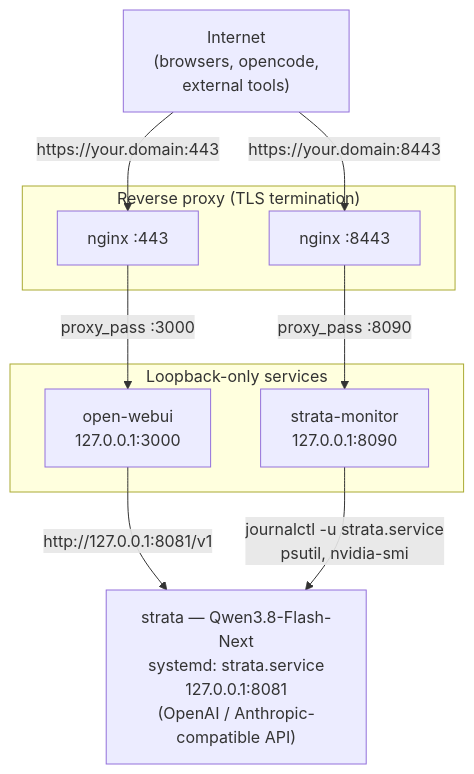
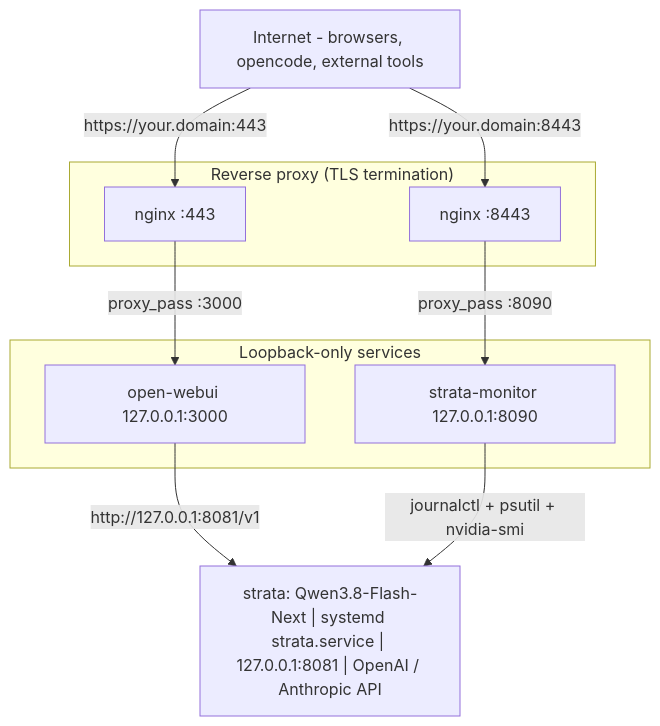
The diagram in README.md (aynair/strata-monitor), drawn with Mermaid before and after one commit.

Commit message:
Fix Mermaid diagram syntax so it renders on GitHub

````diff
--- a/README.md
+++ b/README.md
@@ -31,23 +31,23 @@
 ```mermaid
-graph TD
-    Internet["Internet<br/>(browsers, opencode,<br/>external tools)"]
+flowchart TB
+    Internet["Internet - browsers, opencode, external tools"]
 
-    subgraph tls["Reverse proxy (TLS termination)"]
+    subgraph tls ["Reverse proxy (TLS termination)"]
         Nginx443["nginx :443"]
         Nginx8443["nginx :8443"]
     end
 
-    subgraph apps["Loopback-only services"]
-        WebUI["open-webui<br/>127.0.0.1:3000"]
-        Monitor["strata-monitor<br/>127.0.0.1:8090"]
+    subgraph apps ["Loopback-only services"]
+        WebUI["open-webui 127.0.0.1:3000"]
+        Monitor["strata-monitor 127.0.0.1:8090"]
     end
 
-    Engine["strata — Qwen3.8-Flash-Next<br/>systemd: strata.service<br/>127.0.0.1:8081<br/>(OpenAI / Anthropic-compatible API)"]
+    Engine["strata: Qwen3.8-Flash-Next | systemd strata.service | 127.0.0.1:8081 | OpenAI / Anthropic API"]
 
-    Internet -->|"https://your.domain:443"| Nginx443
-    Internet -->|"https://your.domain:8443"| Nginx8443
-    Nginx443 -->|"proxy_pass :3000"| WebUI
-    Nginx8443 -->|"proxy_pass :8090"| Monitor
-    WebUI -->|"http://127.0.0.1:8081/v1"| Engine
-    Monitor -->|"journalctl -u strata.service<br/>psutil, nvidia-smi"| Engine
+    Internet -- "https://your.domain:443" --> Nginx443
+    Internet -- "https://your.domain:8443" --> Nginx8443
+    Nginx443 -- "proxy_pass :3000" --> WebUI
+    Nginx8443 -- "proxy_pass :8090" --> Monitor
+    WebUI -- "http://127.0.0.1:8081/v1" --> Engine
+    Monitor -- "journalctl + psutil + nvidia-smi" --> Engine
 ```
````
